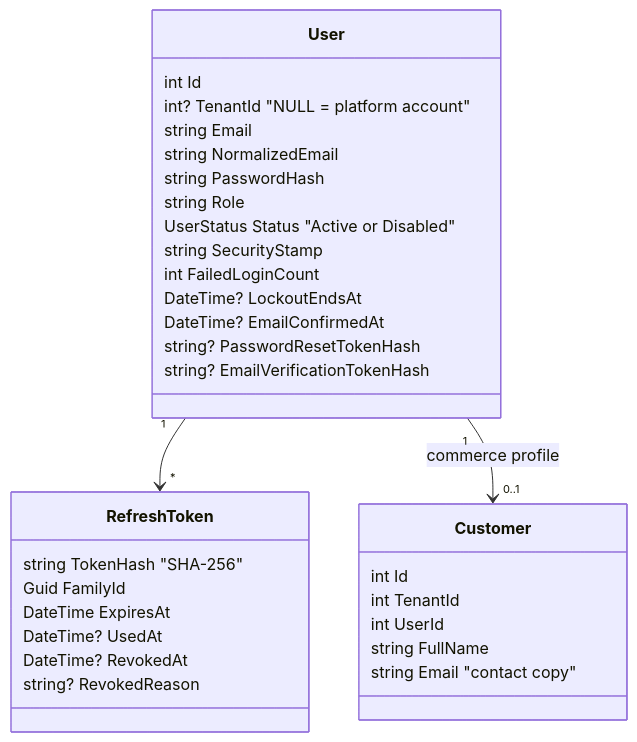
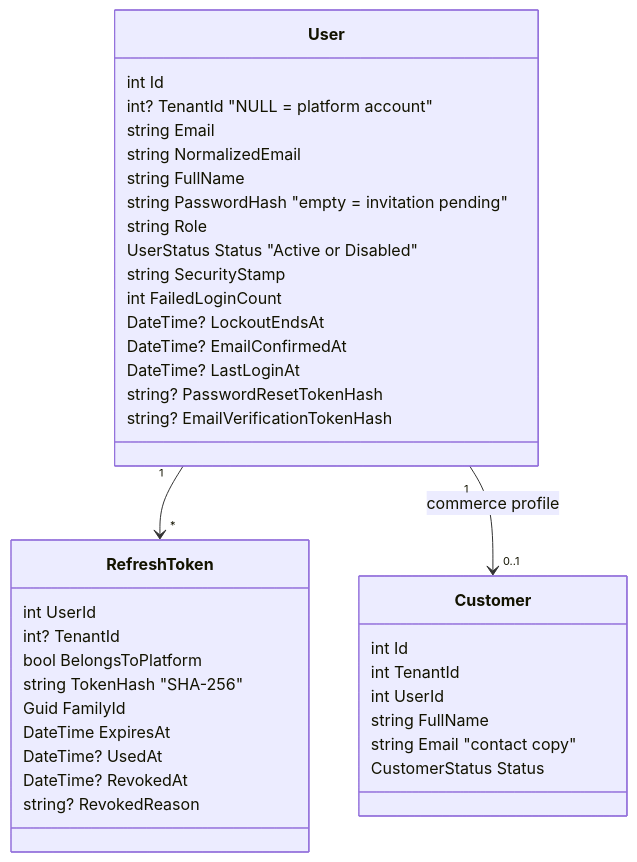
One commit to Aws03/Souq changed the diagram in docs/07-SECURITY/AuthenticationAndAuthorization.md. Above: the diagram before and after it, drawn with Mermaid. The commit also changed other lines of this file and 10 other files, not shown here.

````diff
--- a/docs/07-SECURITY/AuthenticationAndAuthorization.md
+++ b/docs/07-SECURITY/AuthenticationAndAuthorization.md
@@ -7,35 +9,41 @@
 ```mermaid
 classDiagram
     class User {
         int Id
         int? TenantId  "NULL = platform account"
         string Email
         string NormalizedEmail
-        string PasswordHash
+        string FullName
+        string PasswordHash  "empty = invitation pending"
         string Role
         UserStatus Status  "Active or Disabled"
         string SecurityStamp
         int FailedLoginCount
         DateTime? LockoutEndsAt
         DateTime? EmailConfirmedAt
+        DateTime? LastLoginAt
         string? PasswordResetTokenHash
         string? EmailVerificationTokenHash
     }
     class RefreshToken {
+        int UserId
+        int? TenantId
+        bool BelongsToPlatform
         string TokenHash  "SHA-256"
         Guid FamilyId
         DateTime ExpiresAt
         DateTime? UsedAt
         DateTime? RevokedAt
         string? RevokedReason
     }
     class Customer {
         int Id
         int TenantId
         int UserId
         string FullName
         string Email  "contact copy"
+        CustomerStatus Status
     }
     User "1" --> "*" RefreshToken
     User "1" --> "0..1" Customer : commerce profile
 ```
````
